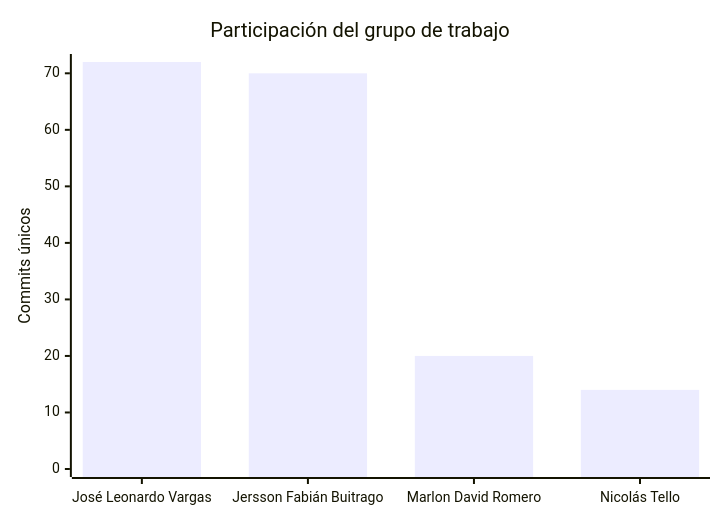
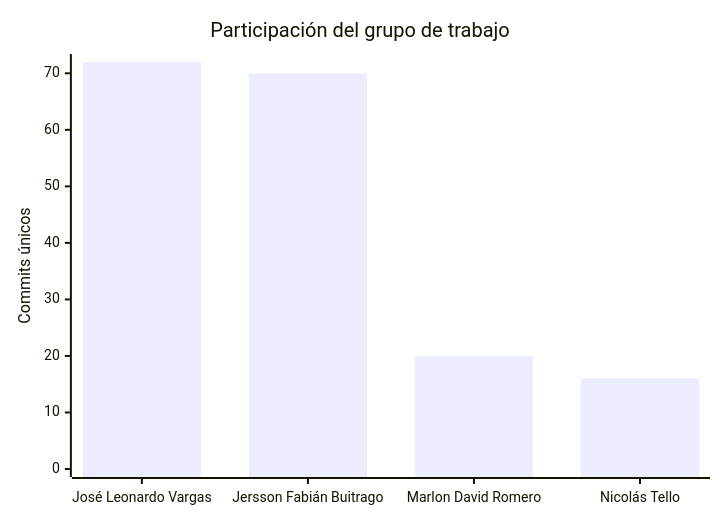
The second of 2 diagrams in README.md (FarmaExpres/FarmaExpres), drawn with Mermaid before and after one commit. The commit also changed other lines of this file and 1 other file, not shown here.

````diff
--- a/README.md
+++ b/README.md
@@ -326,7 +326,7 @@
 ```mermaid
 xychart-beta
     title "Participación del grupo de trabajo"
     x-axis ["José Leonardo Vargas", "Jersson Fabián Buitrago", "Marlon David Romero", "Nicolás Tello"]
     y-axis "Commits únicos" 0 --> 72
-    bar [72, 70, 20, 14]
+    bar [72, 70, 20, 16]
 ```
````
